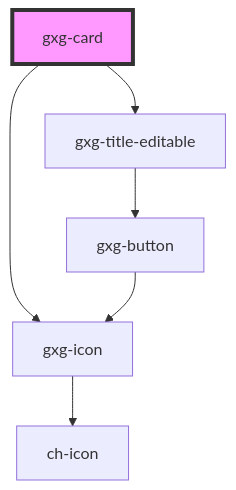
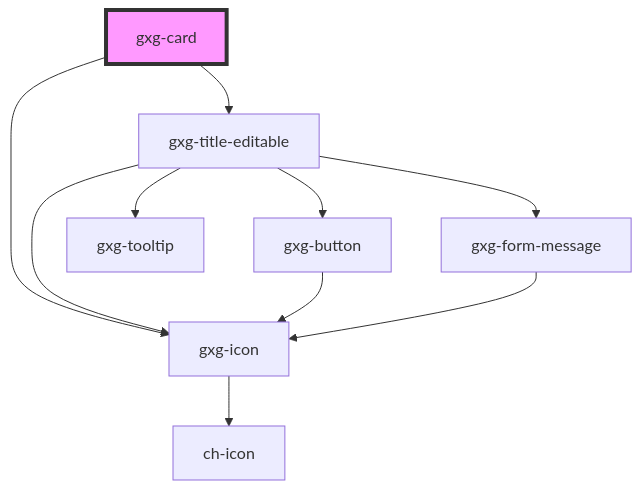
The diagram in src/components/card/readme.md (genexuslabs/gemini), drawn with Mermaid before and after one commit. The commit also changed 9 other files, not shown here.

Commit message:
update gxg-title-editable

````diff
--- a/src/components/card/readme.md
+++ b/src/components/card/readme.md
@@ -57,9 +57,13 @@
 ```mermaid
 graph TD;
   gxg-card --> gxg-icon
   gxg-card --> gxg-title-editable
   gxg-icon --> ch-icon
   gxg-title-editable --> gxg-button
+  gxg-title-editable --> gxg-form-message
+  gxg-title-editable --> gxg-tooltip
+  gxg-title-editable --> gxg-icon
   gxg-button --> gxg-icon
+  gxg-form-message --> gxg-icon
   style gxg-card fill:#f9f,stroke:#333,stroke-width:4px
 ```
````
